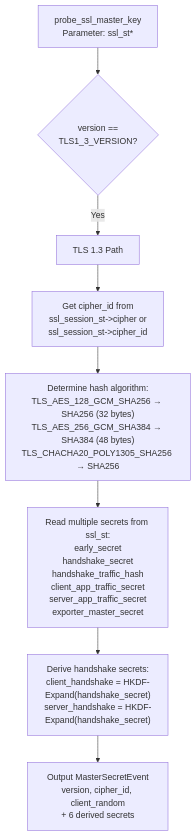
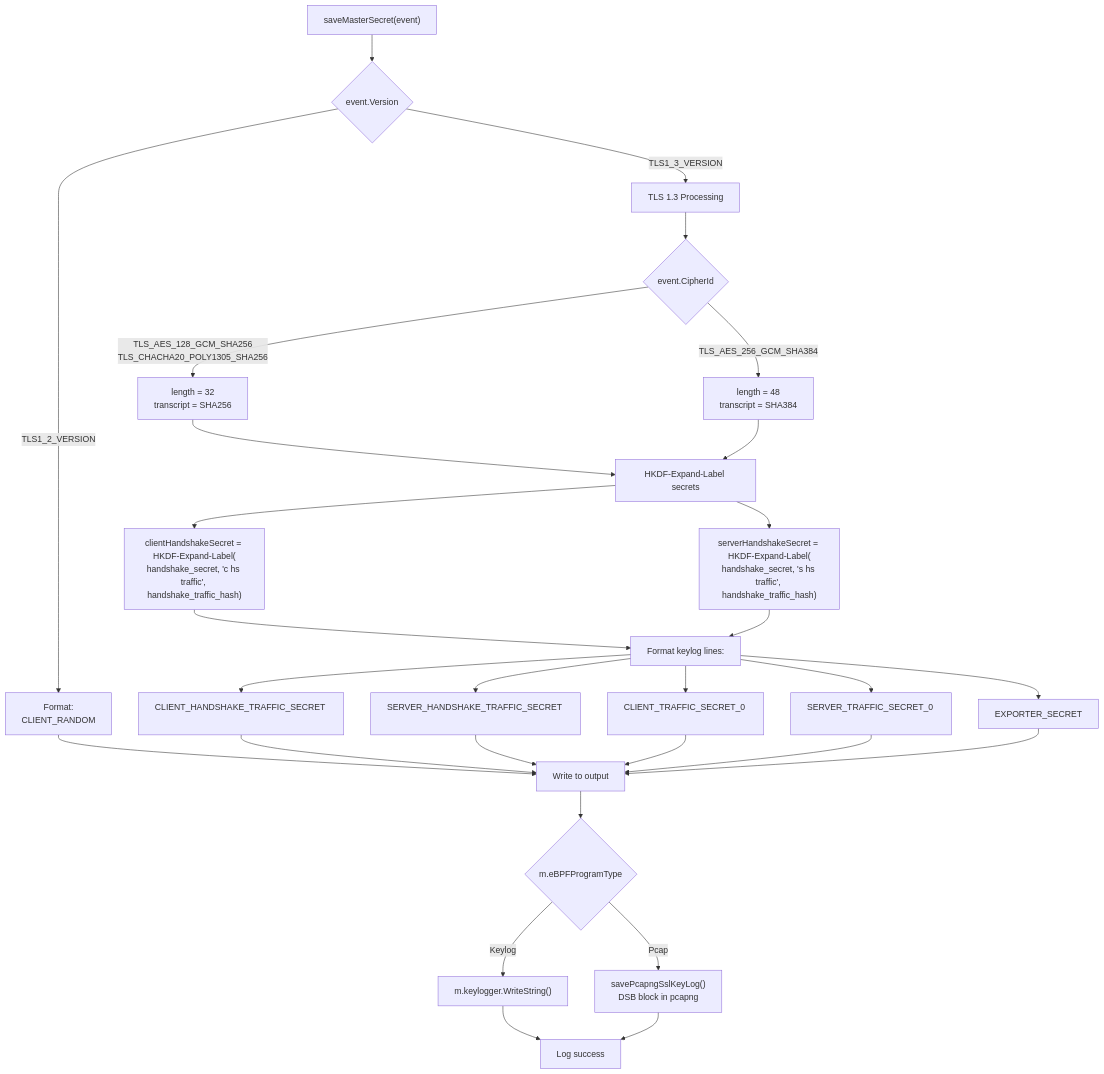
Before and after one commit to gojue/ecapture.cc: the seventh of 11 diagrams in src/en/3-capture-modules/3.1.1-openssl-module.md, drawn with Mermaid. The commit also changed other lines of this file and 115 other files, not shown here.

````diff
--- a/src/en/3-capture-modules/3.1.1-openssl-module.md
+++ b/src/en/3-capture-modules/3.1.1-openssl-module.md
@@ -382,26 +434,40 @@
 ```mermaid
-graph TB
-    ENTRY["probe_ssl_master_key<br/>Parameter: ssl_st*"]
+flowchart TD
+    Start["saveMasterSecret(event)"] --> CheckVersion{"event.Version"}
     
-    CHECK_VER{"version ==<br/>TLS1_3_VERSION?"}
+    CheckVersion -->|"TLS1_2_VERSION"| TLS12Format["Format:<br/>CLIENT_RANDOM <client_random> <master_key>"]
+    CheckVersion -->|"TLS1_3_VERSION"| TLS13Process["TLS 1.3 Processing"]
     
-    TLS13["TLS 1.3 Path"]
+    TLS13Process --> DetermineCipher{"event.CipherId"}
+    DetermineCipher -->|"TLS_AES_128_GCM_SHA256<br/>TLS_CHACHA20_POLY1305_SHA256"| SetLen32["length = 32<br/>transcript = SHA256"]
+    DetermineCipher -->|"TLS_AES_256_GCM_SHA384"| SetLen48["length = 48<br/>transcript = SHA384"]
     
-    GET_CIPHER["Get cipher_id from<br/>ssl_session_st->cipher or<br/>ssl_session_st->cipher_id"]
+    SetLen32 --> ExpandSecrets["HKDF-Expand-Label secrets"]
+    SetLen48 --> ExpandSecrets
     
-    DETERMINE_HASH["Determine hash algorithm:<br/>TLS_AES_128_GCM_SHA256 → SHA256 (32 bytes)<br/>TLS_AES_256_GCM_SHA384 → SHA384 (48 bytes)<br/>TLS_CHACHA20_POLY1305_SHA256 → SHA256"]
+    ExpandSecrets --> ClientHS["clientHandshakeSecret = HKDF-Expand-Label(<br/>handshake_secret, 'c hs traffic', handshake_traffic_hash)"]
+    ExpandSecrets --> ServerHS["serverHandshakeSecret = HKDF-Expand-Label(<br/>handshake_secret, 's hs traffic', handshake_traffic_hash)"]
     
-    READ_SECRETS["Read multiple secrets from ssl_st:<br/>early_secret<br/>handshake_secret<br/>handshake_traffic_hash<br/>client_app_traffic_secret<br/>server_app_traffic_secret<br/>exporter_master_secret"]
+    ClientHS --> FormatLines["Format keylog lines:"]
+    ServerHS --> FormatLines
     
-    DERIVE["Derive handshake secrets:<br/>client_handshake = HKDF-Expand(handshake_secret)<br/>server_handshake = HKDF-Expand(handshake_secret)"]
+    FormatLines --> Line1["CLIENT_HANDSHAKE_TRAFFIC_SECRET <cr> <chs>"]
+    FormatLines --> Line2["SERVER_HANDSHAKE_TRAFFIC_SECRET <cr> <shs>"]
+    FormatLines --> Line3["CLIENT_TRAFFIC_SECRET_0 <cr> <cats>"]
+    FormatLines --> Line4["SERVER_TRAFFIC_SECRET_0 <cr> <sats>"]
+    FormatLines --> Line5["EXPORTER_SECRET <cr> <ems>"]
     
-    OUTPUT_TLS13["Output MasterSecretEvent<br/>version, cipher_id, client_random<br/>+ 6 derived secrets"]
+    TLS12Format --> WriteOutput["Write to output"]
+    Line1 --> WriteOutput
+    Line2 --> WriteOutput
+    Line3 --> WriteOutput
+    Line4 --> WriteOutput
+    Line5 --> WriteOutput
     
-    ENTRY --> CHECK_VER
-    CHECK_VER -->|Yes| TLS13
-    TLS13 --> GET_CIPHER
-    GET_CIPHER --> DETERMINE_HASH
-    DETERMINE_HASH --> READ_SECRETS
-    READ_SECRETS --> DERIVE
-    DERIVE --> OUTPUT_TLS13
+    WriteOutput --> CheckMode{"m.eBPFProgramType"}
+    CheckMode -->|"Keylog"| WriteFile["m.keylogger.WriteString()"]
+    CheckMode -->|"Pcap"| WriteDSB["savePcapngSslKeyLog()<br/>DSB block in pcapng"]
+    
+    WriteFile --> End["Log success"]
+    WriteDSB --> End
 ```
````
